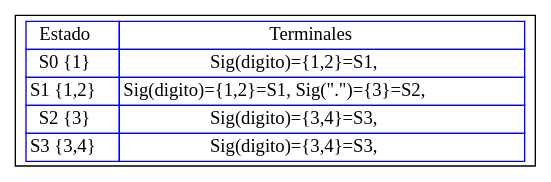
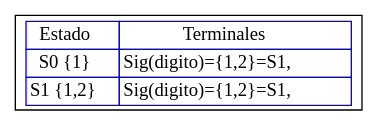
The diagram in Py1_201603028/src/TRANSICIONES_201603028/decimales.dot (Racs0XD/-OLC1-Proyecto1_201603028), drawn with Graphviz before and after one commit. The commit also changed 68 other files, not shown here.

```diff
--- a/Py1_201603028/src/TRANSICIONES_201603028/decimales.dot
+++ b/Py1_201603028/src/TRANSICIONES_201603028/decimales.dot
@@ -1,19 +1,15 @@
 digraph G{
 rankdir=UD
 node[shape=box]
 concentrate=true
 nodo0 [ label =<<table border='0' cellborder='1' color='blue' cellspacing='0'>
 <tr><td>Estado</td><td>Terminales</td></tr>
 
 <tr><td>S0 {1}</td><td>Sig(digito)={1,2}=S1, </td></tr>
 
-<tr><td>S1 {1,2}</td><td>Sig(digito)={1,2}=S1, Sig(".")={3}=S2, </td></tr>
-
-<tr><td>S2 {3}</td><td>Sig(digito)={3,4}=S3, </td></tr>
-
-<tr><td>S3 {3,4}</td><td>Sig(digito)={3,4}=S3, </td></tr>
+<tr><td>S1 {1,2}</td><td>Sig(digito)={1,2}=S1, </td></tr>
 
 </table>
 >];
 
 }
```
